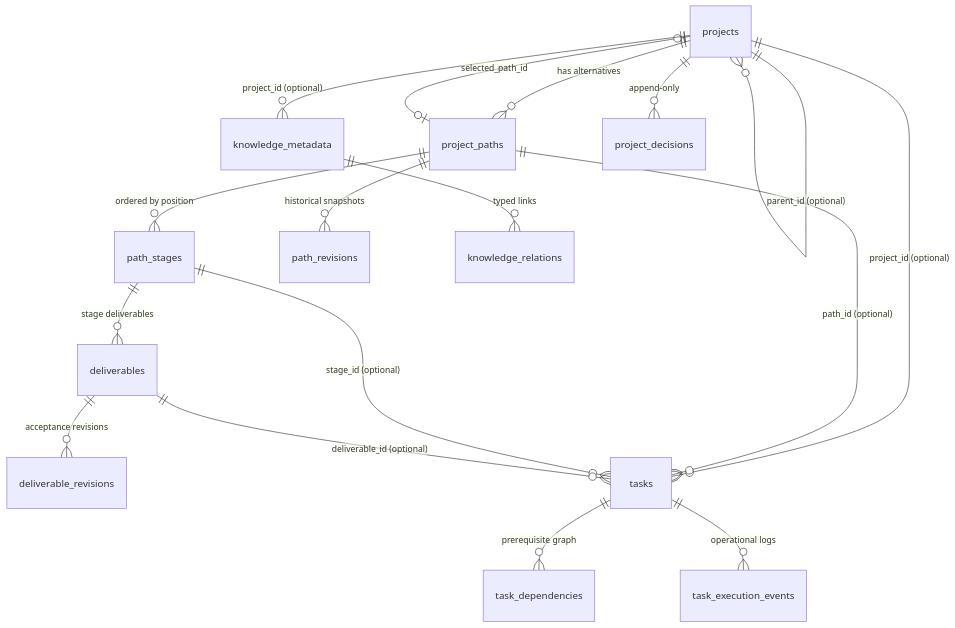
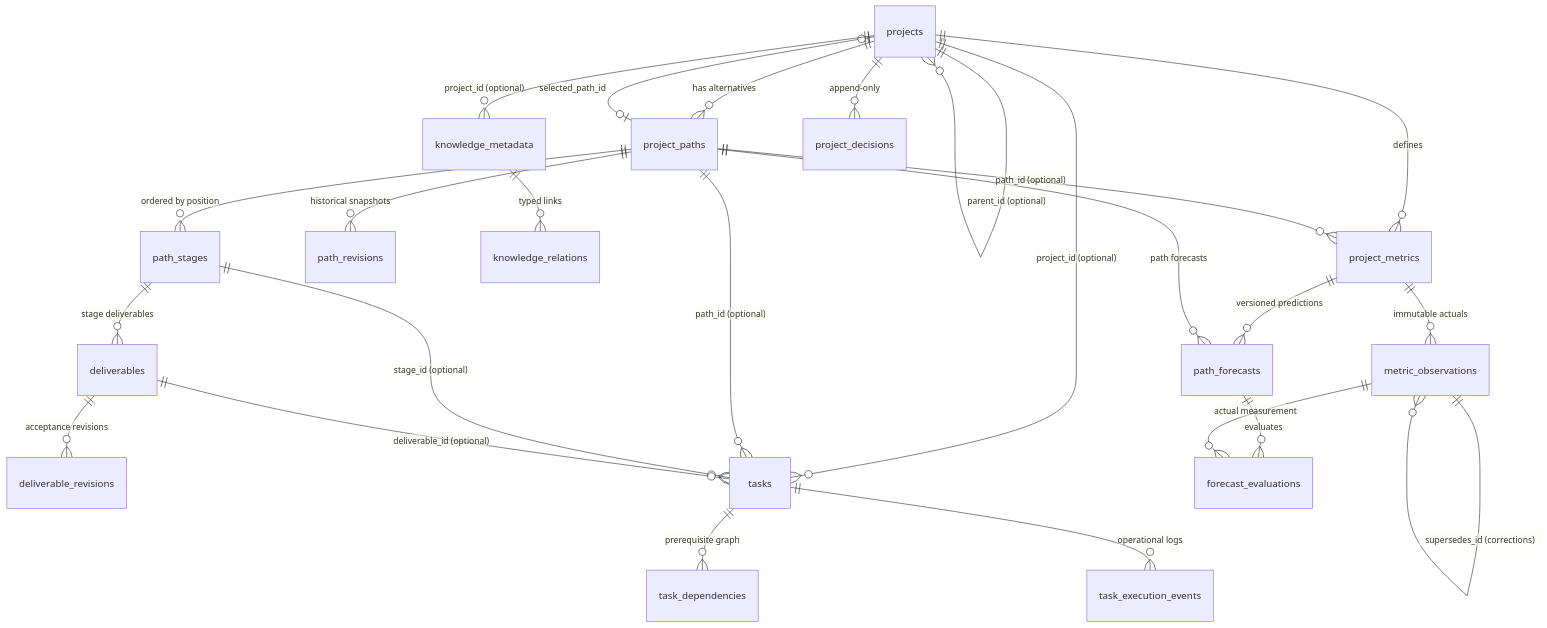
Before and after one commit to mattcallaway/qwen_cluster_interface: the diagram in PROJECT_DATA_MODEL.md, drawn with Mermaid. The commit also changed other lines of this file and 8 other files, not shown here.

Commit message:
Milestone 3: Metrics, versioned forecasting, actual observations, and accuracy tracking

````diff
--- a/PROJECT_DATA_MODEL.md
+++ b/PROJECT_DATA_MODEL.md
@@ -24,19 +25,27 @@
 ```mermaid
 erDiagram
     projects ||--o{ projects : "parent_id (optional)"
     projects ||--o{ project_paths : "has alternatives"
     projects |o--o| project_paths : "selected_path_id"
     project_paths ||--o{ path_stages : "ordered by position"
     project_paths ||--o{ path_revisions : "historical snapshots"
     path_stages ||--o{ deliverables : "stage deliverables"
     deliverables ||--o{ deliverable_revisions : "acceptance revisions"
     projects ||--o{ tasks : "project_id (optional)"
     project_paths ||--o{ tasks : "path_id (optional)"
     path_stages ||--o{ tasks : "stage_id (optional)"
     deliverables ||--o{ tasks : "deliverable_id (optional)"
     tasks ||--o{ task_dependencies : "prerequisite graph"
     tasks ||--o{ task_execution_events : "operational logs"
     projects ||--o{ knowledge_metadata : "project_id (optional)"
     knowledge_metadata ||--o{ knowledge_relations : "typed links"
     projects ||--o{ project_decisions : "append-only"
+    projects ||--o{ project_metrics : "defines"
+    project_paths ||--o{ project_metrics : "path_id (optional)"
+    project_metrics ||--o{ metric_observations : "immutable actuals"
+    metric_observations ||--o{ metric_observations : "supersedes_id (corrections)"
+    project_metrics ||--o{ path_forecasts : "versioned predictions"
+    project_paths ||--o{ path_forecasts : "path forecasts"
+    path_forecasts ||--o{ forecast_evaluations : "evaluates"
+    metric_observations ||--o{ forecast_evaluations : "actual measurement"
 ```
````
